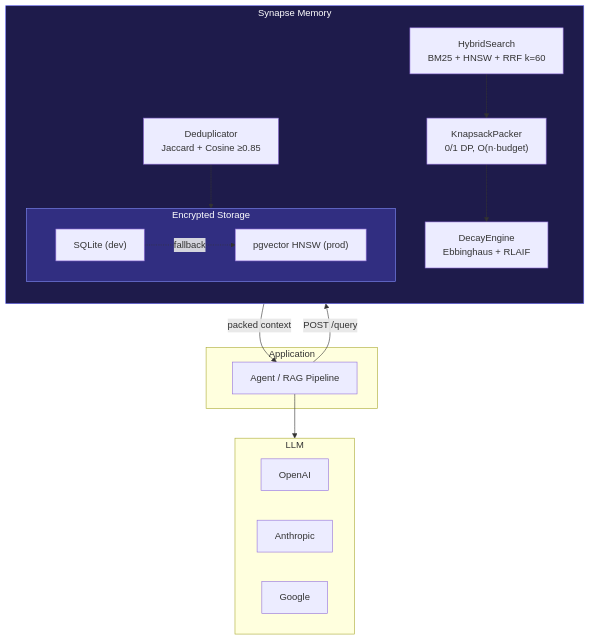
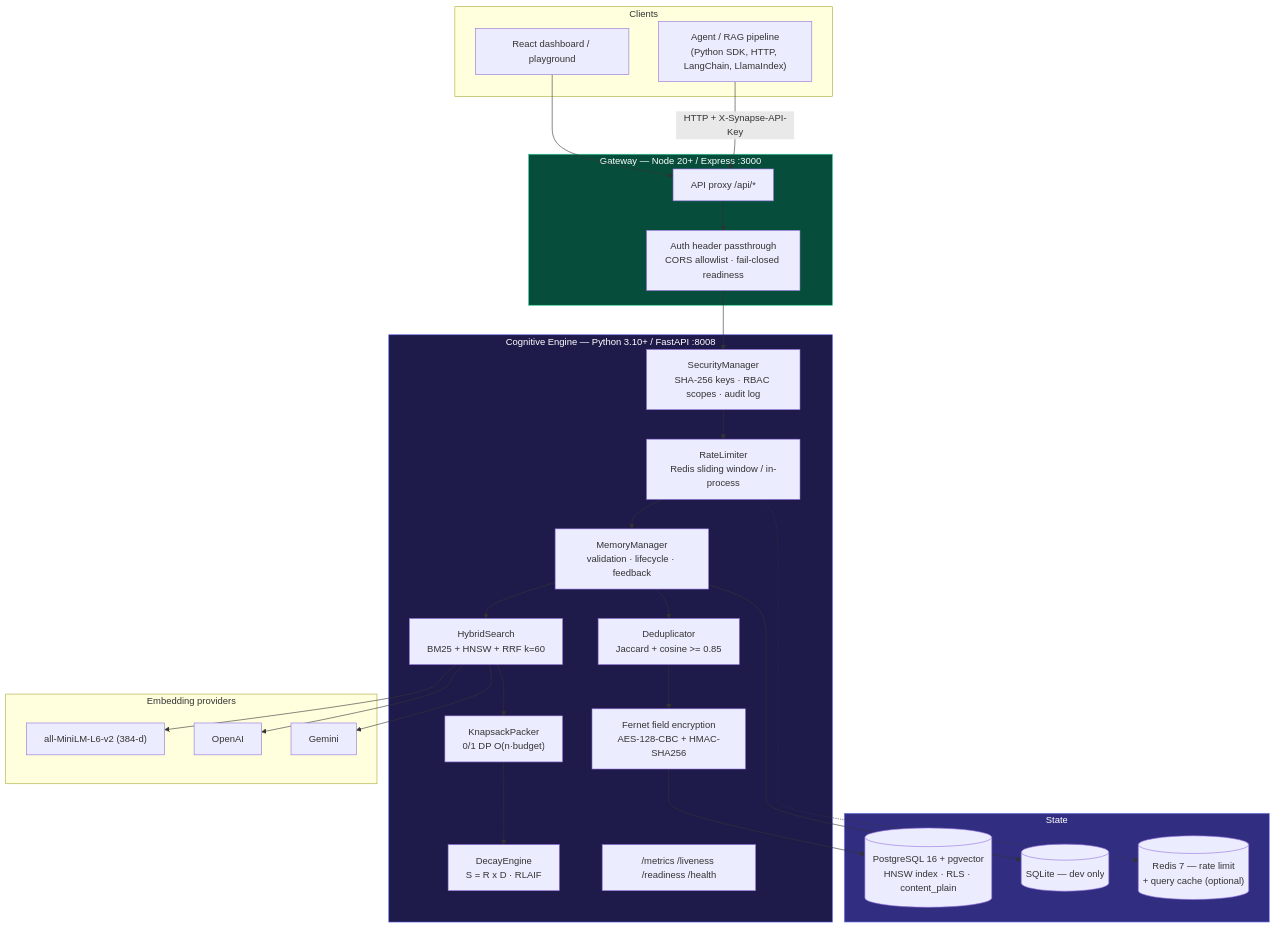
One commit to 721189/Synapse-Memory changed the first of 9 diagrams in README.md. Above: the diagram before and after it, drawn with Mermaid. The commit also changed other lines of this file, not shown here.

````diff
--- a/README.md
+++ b/README.md
@@ -29,34 +92,55 @@
 ```mermaid
-graph TB
-    subgraph App["Application"]
-        AGENT["Agent / RAG Pipeline"]
+flowchart TB
+    subgraph Clients["Clients"]
+        AGENT["Agent / RAG pipeline<br/>(Python SDK, HTTP, LangChain, LlamaIndex)"]
+        DASH["React dashboard / playground"]
     end
 
-    subgraph SM["Synapse Memory"]
-        direction TB
-        RET["HybridSearch<br/>BM25 + HNSW + RRF k=60"]
-        BUD["KnapsackPacker<br/>0/1 DP, O(n·budget)"]
-        DEC["DecayEngine<br/>Ebbinghaus + RLAIF"]
-        DED["Deduplicator<br/>Jaccard + Cosine ≥0.85"]
-        subgraph Store["Encrypted Storage"]
-            SG["SQLite (dev)"]
-            PG["pgvector HNSW (prod)"]
-        end
-        RET --> BUD --> DEC
-        DED --> Store
+    subgraph Gateway["Gateway — Node 20+ / Express :3000"]
+        PROXY["API proxy /api/*"]
+        RBACGW["Auth header passthrough<br/>CORS allowlist · fail-closed readiness"]
     end
 
-    subgraph LLM["LLM"]
-        O["OpenAI"]
-        C["Anthropic"]
-        G["Google"]
+    subgraph Engine["Cognitive Engine — Python 3.10+ / FastAPI :8008"]
+        AUTH["SecurityManager<br/>SHA-256 keys · RBAC scopes · audit log"]
+        RL["RateLimiter<br/>Redis sliding window / in-process"]
+        MM["MemoryManager<br/>validation · lifecycle · feedback"]
+        RET["HybridSearch<br/>BM25 + HNSW + RRF k=60"]
+        PACK["KnapsackPacker<br/>0/1 DP O(n·budget)"]
+        DECAY["DecayEngine<br/>S = R x D · RLAIF"]
+        DEDUP["Deduplicator<br/>Jaccard + cosine >= 0.85"]
+        ENC["Fernet field encryption<br/>AES-128-CBC + HMAC-SHA256"]
+        METRICS["/metrics /liveness /readiness /health"]
     end
 
-    AGENT -->|"POST /query"| SM
-    SM -->|"packed context"| AGENT
-    AGENT --> LLM
-    SG -.->|fallback| PG
+    subgraph Data["State"]
+        PG[("PostgreSQL 16 + pgvector<br/>HNSW index · RLS · content_plain")]
+        SQLITE[("SQLite — dev only")]
+        REDIS[("Redis 7 — rate limit<br/>+ query cache (optional)")]
+    end
 
-    style SM fill:#1e1b4b,stroke:#6366f1,color:#fff
-    style Store fill:#312e81,stroke:#818cf8,color:#fff
+    subgraph LLM["Embedding providers"]
+        LOCAL["all-MiniLM-L6-v2 (384-d)"]
+        OPENAI["OpenAI"]
+        GEMINI["Gemini"]
+    end
+
+    DASH --> PROXY
+    AGENT -->|"HTTP + X-Synapse-API-Key"| PROXY
+    PROXY --> RBACGW
+    RBACGW --> AUTH
+    AUTH --> RL --> MM
+    MM --> RET
+    RET --> PACK --> DECAY
+    MM --> DEDUP --> ENC
+    ENC --> PG
+    MM --> SQLITE
+    RL -.-> REDIS
+    RET --> LOCAL
+    RET --> OPENAI
+    RET --> GEMINI
+
+    style Engine fill:#1e1b4b,stroke:#6366f1,color:#fff
+    style Data fill:#312e81,stroke:#818cf8,color:#fff
+    style Gateway fill:#064e3b,stroke:#34d399,color:#fff
 ```
````
